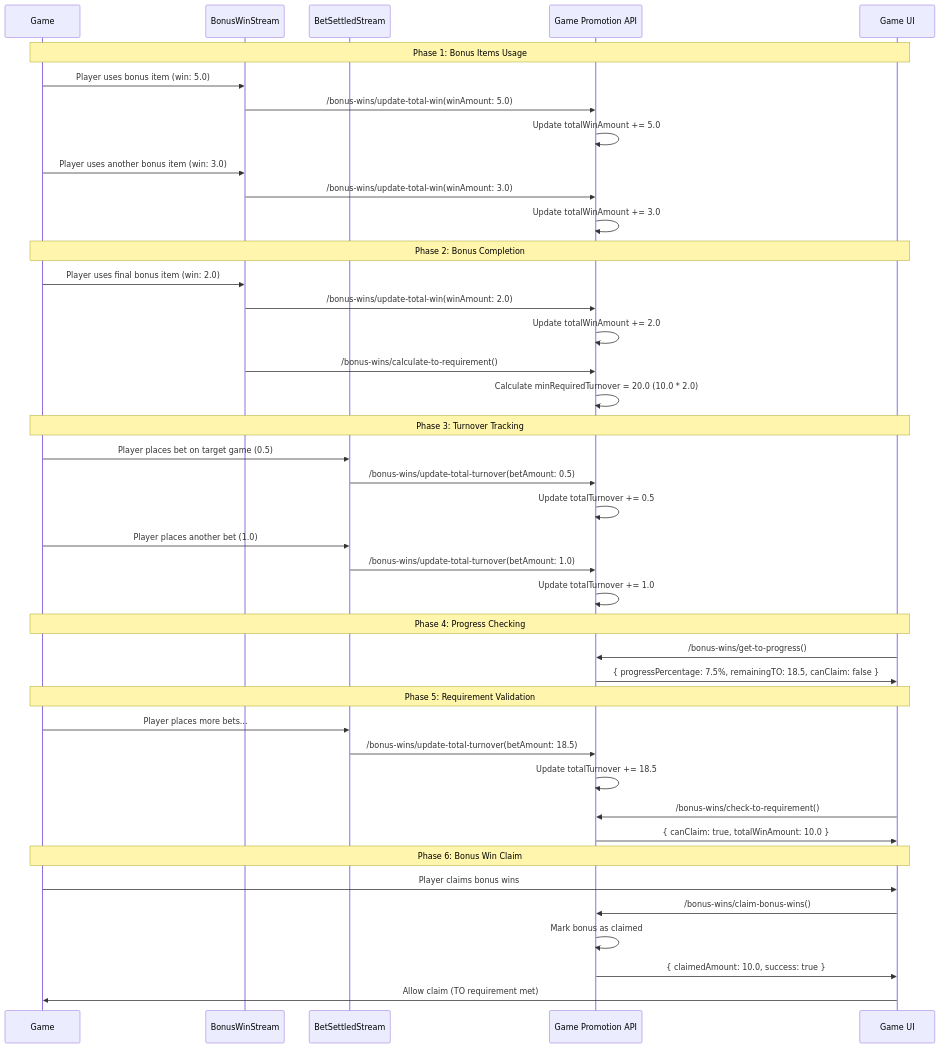
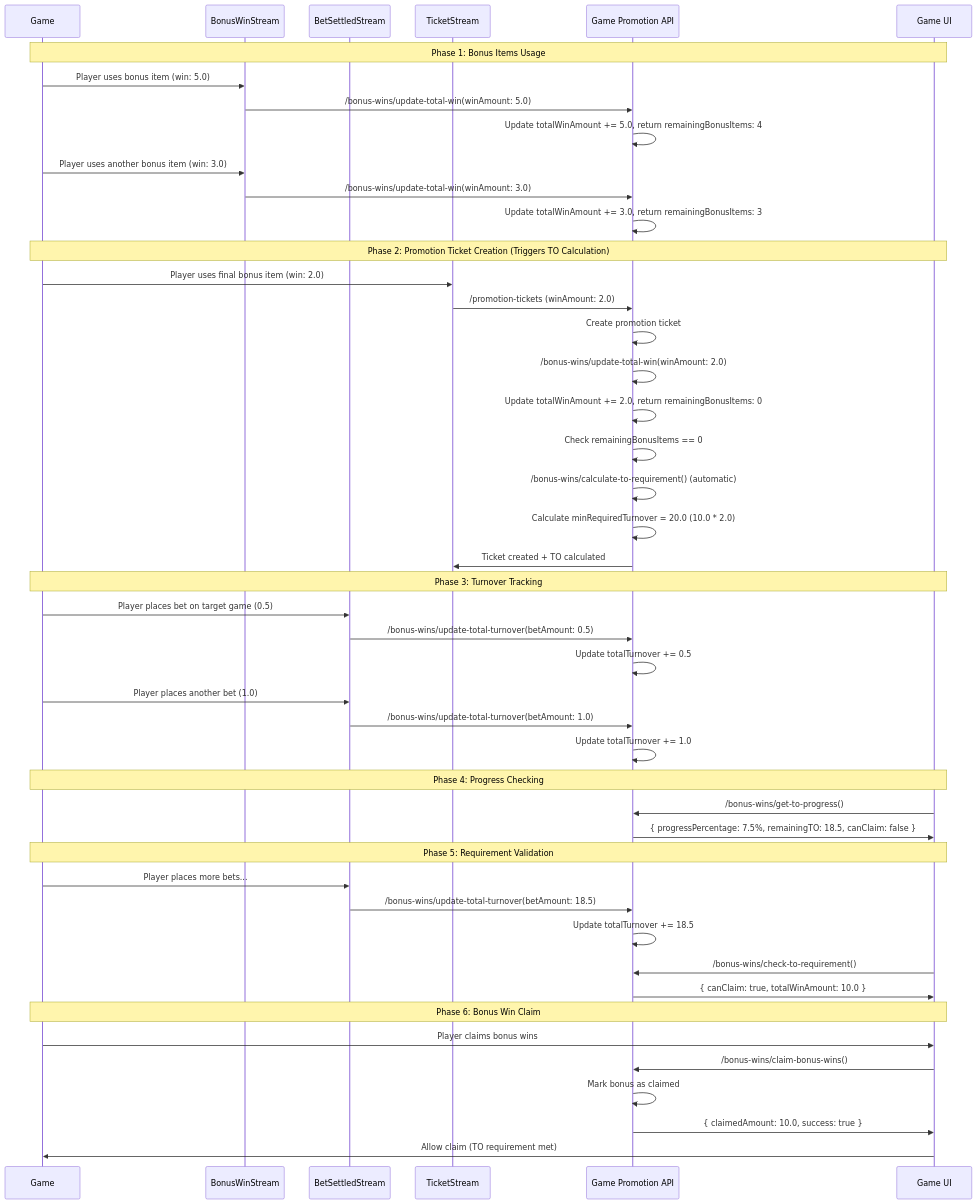
One commit to starixvn/l1_backend-services_game-promotion-api changed the diagram in diagrams/sequence/TurnoverTrackingFlow.md. Above: the diagram before and after it, drawn with Mermaid. The commit also changed other lines of this file and 19 other files, not shown here.

Commit message:
feat: auto update totalWin and calculateTORequired after creating promotional tickets

````diff
--- a/diagrams/sequence/TurnoverTrackingFlow.md
+++ b/diagrams/sequence/TurnoverTrackingFlow.md
@@ -11,52 +11,57 @@
 ```mermaid
 sequenceDiagram
     participant Game
     participant BonusWinStream
     participant BetSettledStream
+    participant TicketStream
     participant API as Game Promotion API
     participant UI as Game UI
 
     Note over Game,UI: Phase 1: Bonus Items Usage
     Game->>BonusWinStream: Player uses bonus item (win: 5.0)
     BonusWinStream->>API: /bonus-wins/update-total-win(winAmount: 5.0)
-    API->>API: Update totalWinAmount += 5.0
+    API->>API: Update totalWinAmount += 5.0, return remainingBonusItems: 4
 
     Game->>BonusWinStream: Player uses another bonus item (win: 3.0)
     BonusWinStream->>API: /bonus-wins/update-total-win(winAmount: 3.0)
-    API->>API: Update totalWinAmount += 3.0
+    API->>API: Update totalWinAmount += 3.0, return remainingBonusItems: 3
 
-    Note over Game,UI: Phase 2: Bonus Completion
-    Game->>BonusWinStream: Player uses final bonus item (win: 2.0)
-    BonusWinStream->>API: /bonus-wins/update-total-win(winAmount: 2.0)
-    API->>API: Update totalWinAmount += 2.0
-    BonusWinStream->>API: /bonus-wins/calculate-to-requirement()
+    Note over Game,UI: Phase 2: Promotion Ticket Creation (Triggers TO Calculation)
+    Game->>TicketStream: Player uses final bonus item (win: 2.0)
+    TicketStream->>API: /promotion-tickets (winAmount: 2.0)
+    API->>API: Create promotion ticket
+    API->>API: /bonus-wins/update-total-win(winAmount: 2.0)
+    API->>API: Update totalWinAmount += 2.0, return remainingBonusItems: 0
+    API->>API: Check remainingBonusItems == 0
+    API->>API: /bonus-wins/calculate-to-requirement() (automatic)
     API->>API: Calculate minRequiredTurnover = 20.0 (10.0 * 2.0)
+    API->>TicketStream: Ticket created + TO calculated
 
     Note over Game,UI: Phase 3: Turnover Tracking
     Game->>BetSettledStream: Player places bet on target game (0.5)
     BetSettledStream->>API: /bonus-wins/update-total-turnover(betAmount: 0.5)
     API->>API: Update totalTurnover += 0.5
 
     Game->>BetSettledStream: Player places another bet (1.0)
     BetSettledStream->>API: /bonus-wins/update-total-turnover(betAmount: 1.0)
     API->>API: Update totalTurnover += 1.0
 
     Note over Game,UI: Phase 4: Progress Checking
     UI->>API: /bonus-wins/get-to-progress()
     API->>UI: { progressPercentage: 7.5%, remainingTO: 18.5, canClaim: false }
 
     Note over Game,UI: Phase 5: Requirement Validation
     Game->>BetSettledStream: Player places more bets...
     BetSettledStream->>API: /bonus-wins/update-total-turnover(betAmount: 18.5)
     API->>API: Update totalTurnover += 18.5
 
     UI->>API: /bonus-wins/check-to-requirement()
     API->>UI: { canClaim: true, totalWinAmount: 10.0 }
 
     Note over Game,UI: Phase 6: Bonus Win Claim
     Game->>UI: Player claims bonus wins
     UI->>API: /bonus-wins/claim-bonus-wins()
     API->>API: Mark bonus as claimed
     API->>UI: { claimedAmount: 10.0, success: true }
     UI->>Game: Allow claim (TO requirement met)
 ```
````
